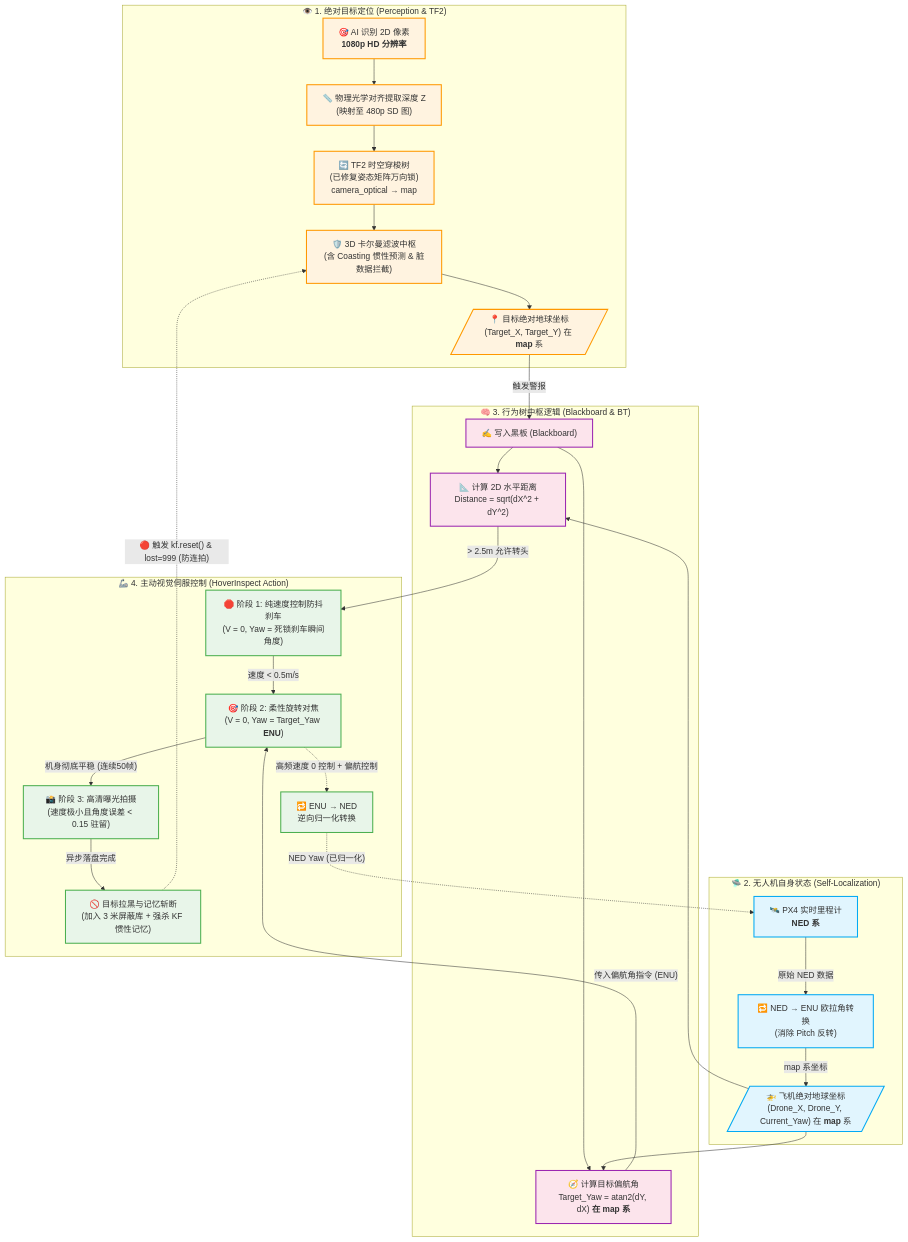
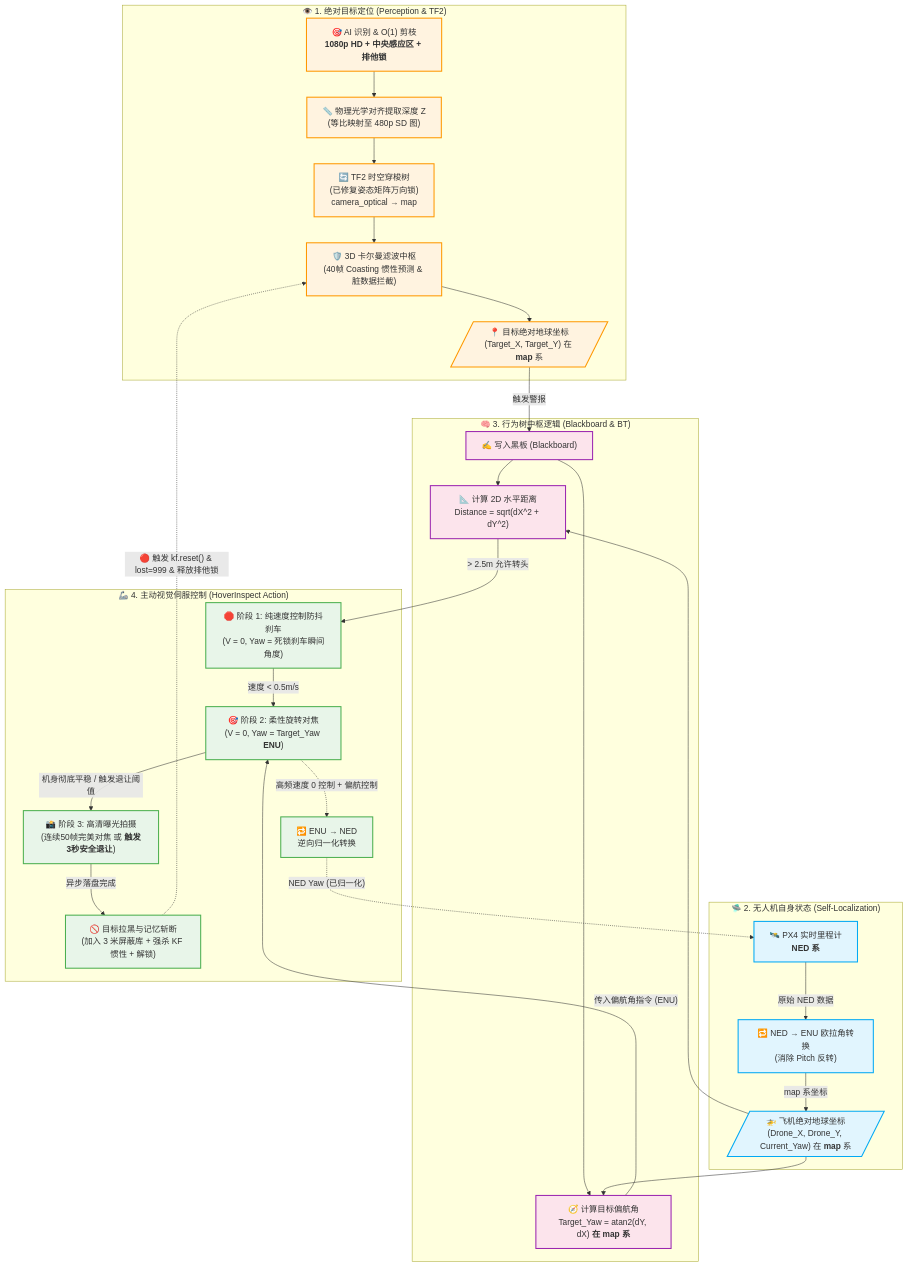
The fifth of 5 diagrams in README.md (xinfangshi/uav_inspection_ros2), drawn with Mermaid before and after one commit. The commit also changed other lines of this file and 4 other files, not shown here.

First line of the commit message:
feat(vision/control): robust visual servoing with pruning, gating, and fallbacks

````diff
--- a/README.md
+++ b/README.md
@@ -217,54 +219,54 @@
 ```mermaid
 graph TD
     classDef vision fill:#fff3e0,stroke:#ff9800,stroke-width:2px;
     classDef odom fill:#e1f5fe,stroke:#03a9f4,stroke-width:2px;
     classDef logic fill:#fce4ec,stroke:#9c27b0,stroke-width:2px;
     classDef control fill:#e8f5e9,stroke:#4caf50,stroke-width:2px;
 
     subgraph "👁️ 1. 绝对目标定位 (Perception & TF2)"
-        AI["🎯 AI 识别 2D 像素<br/><b>1080p HD 分辨率</b>"]:::vision
-        Depth["📏 物理光学对齐提取深度 Z<br/>(映射至 480p SD 图)"]:::vision
+        AI["🎯 AI 识别 & O(1) 剪枝<br/><b>1080p HD + 中央感应区 + 排他锁</b>"]:::vision
+        Depth["📏 物理光学对齐提取深度 Z<br/>(等比映射至 480p SD 图)"]:::vision
         TF2["🔄 TF2 时空穿梭树<br/>(已修复姿态矩阵万向锁)<br/>camera_optical → map"]:::vision
-        KF["🛡️ 3D 卡尔曼滤波中枢<br/>(含 Coasting 惯性预测 & 脏数据拦截)"]:::vision
+        KF["🛡️ 3D 卡尔曼滤波中枢<br/>(40帧 Coasting 惯性预测 & 脏数据拦截)"]:::vision
         TargetCoord[/"📍 目标绝对地球坐标<br/>(Target_X, Target_Y) 在 <b>map</b> 系"/]:::vision
 
         AI --> Depth --> TF2 --> KF --> TargetCoord
     end
 
     subgraph "🛸 2. 无人机自身状态 (Self-Localization)"
         PX4Odom["🛰️ PX4 实时里程计<br/><b>NED 系</b>"]:::odom
         NED2ENU["🔁 NED → ENU 欧拉角转换<br/>(消除 Pitch 反转)"]:::odom
         DroneCoord[/"🚁 飞机绝对地球坐标<br/>(Drone_X, Drone_Y, Current_Yaw) 在 <b>map</b> 系"/]:::odom
         
         PX4Odom -->|"原始 NED 数据"| NED2ENU -->|"map 系坐标"| DroneCoord
     end
 
     subgraph "🧠 3. 行为树中枢逻辑 (Blackboard & BT)"
         WriteBB["✍️ 写入黑板 (Blackboard)"]:::logic
         CalcDist["📐 计算 2D 水平距离<br>Distance = sqrt(dX^2 + dY^2)"]:::logic
         CalcYaw["🧭 计算目标偏航角<br>Target_Yaw = atan2(dY, dX) <b>在 map 系</b>"]:::logic
         
         TargetCoord -->|"触发警报"| WriteBB
         WriteBB --> CalcDist
         WriteBB --> CalcYaw
         DroneCoord --> CalcDist
         DroneCoord --> CalcYaw
     end
 
     subgraph "🦾 4. 主动视觉伺服控制 (HoverInspect Action)"
         StateBrake["🛑 阶段 1: 纯速度控制防抖刹车<br>(V = 0, Yaw = 死锁刹车瞬间角度)"]:::control
         StateAlign["🎯 阶段 2: 柔性旋转对焦<br>(V = 0, Yaw = Target_Yaw <b>ENU</b>)"]:::control
         ENU2NED["🔁 ENU → NED<br/>逆向归一化转换"]:::control
-        StateShoot["📸 阶段 3: 高清曝光拍摄<br>(速度极小且角度误差 < 0.15 驻留)"]:::control
-        Blacklist["🚫 目标拉黑与记忆斩断<br>(加入 3 米屏蔽库 + 强杀 KF 惯性记忆)"]:::control
+        StateShoot["📸 阶段 3: 高清曝光拍摄<br>(连续50帧完美对焦 或 <b>触发3秒安全退让</b>)"]:::control
+        Blacklist["🚫 目标拉黑与记忆斩断<br>(加入 3 米屏蔽库 + 强杀 KF 惯性 + 解锁)"]:::control
 
         CalcDist -->|"> 2.5m 允许转头"| StateBrake
         CalcYaw -->|"传入偏航角指令 (ENU)"| StateAlign
         StateBrake -->|"速度 < 0.5m/s"| StateAlign
-        StateAlign -->|"机身彻底平稳 (连续50帧)"| StateShoot
+        StateAlign -->|"机身彻底平稳 / 触发退让阈值"| StateShoot
         StateAlign -.->|"高频速度 0 控制 + 偏航控制"| ENU2NED
         ENU2NED -.->|"NED Yaw (已归一化)"| PX4Odom
         StateShoot -->|"异步落盘完成"| Blacklist
-        Blacklist -.->|"🔴 触发 kf.reset() & lost=999 (防连拍)"| KF
+        Blacklist -.->|"🔴 触发 kf.reset() & lost=999 & 释放排他锁"| KF
     end
 ```
````
